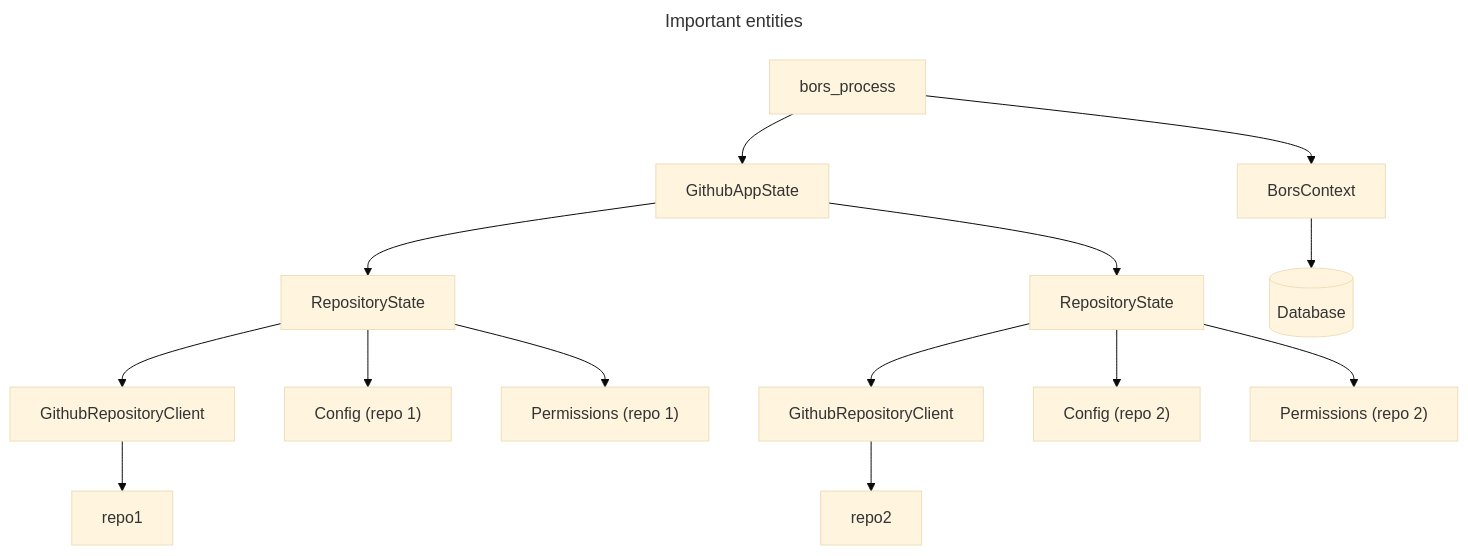
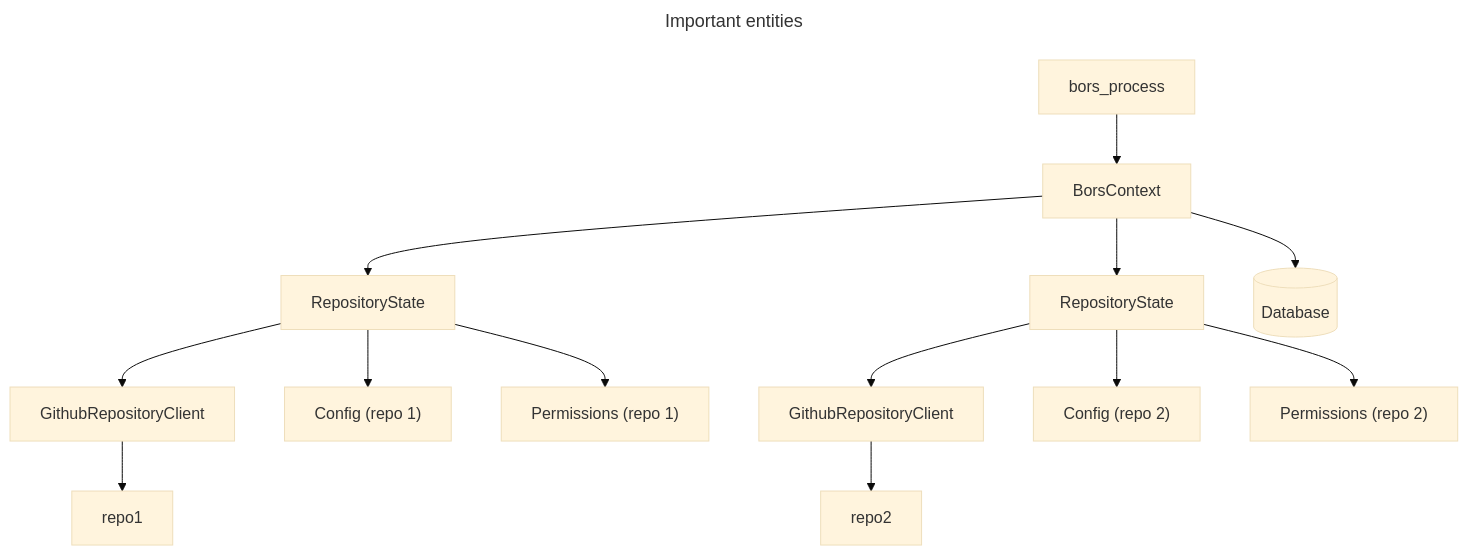
Before and after one commit to rust-lang/bors: the diagram in docs/development.md, drawn with Mermaid (base theme). The commit also changed other lines of this file, not shown here.

Commit message:
docs: remove github app state

````diff
--- a/docs/development.md
+++ b/docs/development.md
@@ -20,26 +20,25 @@
 ```mermaid
 ---
 title: Important entities
 ---
 flowchart
-    GithubAppState
+    BorsContext
     repo_client_1["GithubRepositoryClient"]
     repo_client_2["GithubRepositoryClient"]
 
     repo_state_1["RepositoryState"]
     repo_state_2["RepositoryState"]
 
-    GithubAppState --> repo_state_1 --> repo_client_1 --> repo1
-    GithubAppState --> repo_state_2 --> repo_client_2 --> repo2
+    BorsContext --> repo_state_1 --> repo_client_1 --> repo1
+    BorsContext --> repo_state_2 --> repo_client_2 --> repo2
 
     repo_state_1 --> cr1["Config (repo 1)"]
     repo_state_1 --> pr1["Permissions (repo 1)"]
 
     repo_state_2 --> cr2["Config (repo 2)"]
     repo_state_2 --> pr2["Permissions (repo 2)"]
 
     BorsContext --> db[(Database)]
 
-    bors_process --> GithubAppState
     bors_process --> BorsContext
 ```
````
